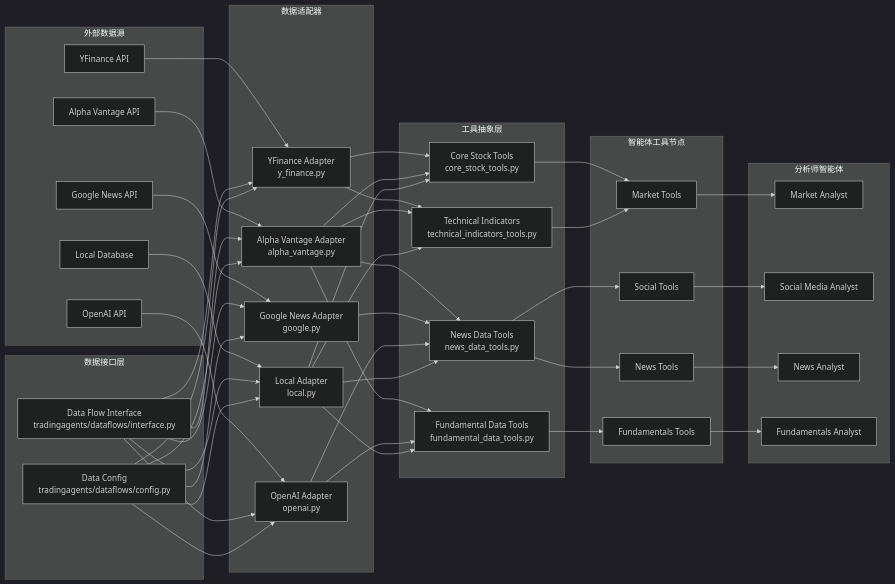
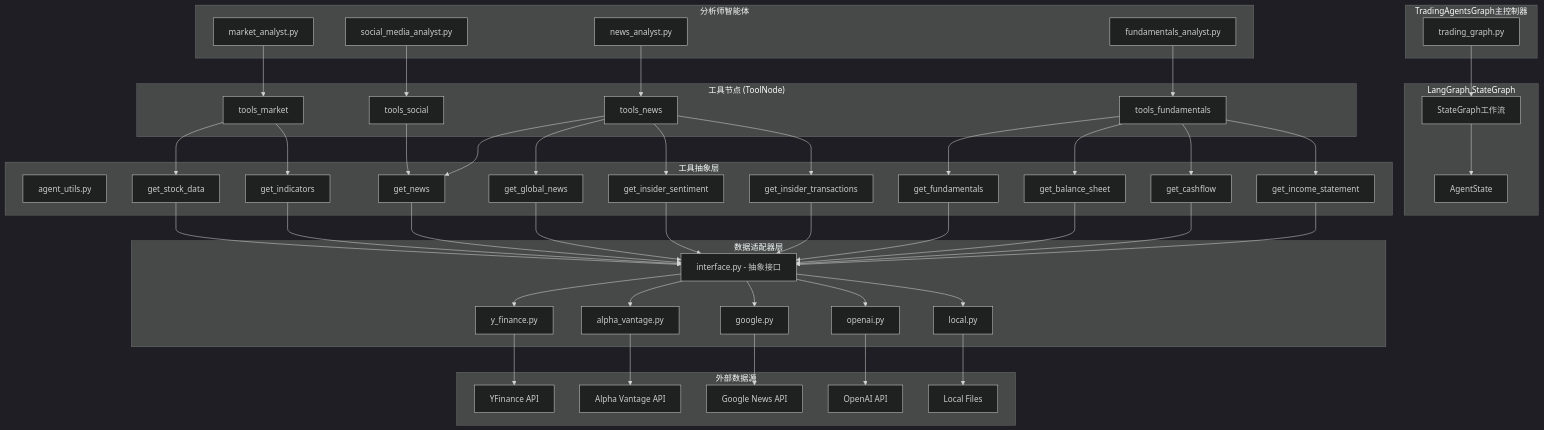
Before and after one commit to wangrenren611/TradingAgents: the fourth of 6 diagrams in TradingAgents_Architecture_Documentation.md, drawn with Mermaid (dark theme). The commit also changed other lines of this file, not shown here.

````diff
--- a/TradingAgents_Architecture_Documentation.md
+++ b/TradingAgents_Architecture_Documentation.md
@@ -391,86 +392,99 @@
 ```mermaid
-graph LR
-    subgraph "外部数据源"
-        A1[YFinance API]
-        A2[Alpha Vantage API]
-        A3[Google News API]
-        A4[OpenAI API]
-        A5[Local Database]
+graph TD
+    subgraph "TradingAgentsGraph主控制器"
+        A[trading_graph.py]
     end
 
-    subgraph "数据接口层"
-        B1[Data Flow Interface<br/>tradingagents/dataflows/interface.py]
-        B2[Data Config<br/>tradingagents/dataflows/config.py]
-    end
-
-    subgraph "数据适配器"
-        C1[YFinance Adapter<br/>y_finance.py]
-        C2[Alpha Vantage Adapter<br/>alpha_vantage.py]
-        C3[Google News Adapter<br/>google.py]
-        C4[OpenAI Adapter<br/>openai.py]
-        C5[Local Adapter<br/>local.py]
+    subgraph "LangGraph StateGraph"
+        B[AgentState]
+        C[StateGraph工作流]
     end
 
     subgraph "工具抽象层"
-        D1[Core Stock Tools<br/>core_stock_tools.py]
-        D2[Technical Indicators<br/>technical_indicators_tools.py]
-        D3[Fundamental Data Tools<br/>fundamental_data_tools.py]
-        D4[News Data Tools<br/>news_data_tools.py]
+        D[agent_utils.py]
+        D1[get_stock_data]
+        D2[get_indicators]
+        D3[get_news]
+        D4[get_global_news]
+        D5[get_fundamentals]
+        D6[get_balance_sheet]
+        D7[get_cashflow]
+        D8[get_income_statement]
+        D9[get_insider_sentiment]
+        D10[get_insider_transactions]
     end
 
-    subgraph "智能体工具节点"
-        E1[Market Tools]
-        E2[Social Tools]
-        E3[News Tools]
-        E4[Fundamentals Tools]
+    subgraph "数据适配器层"
+        E[interface.py - 抽象接口]
+        E1[y_finance.py]
+        E2[alpha_vantage.py]
+        E3[google.py]
+        E4[openai.py]
+        E5[local.py]
+    end
+
+    subgraph "外部数据源"
+        F1[YFinance API]
+        F2[Alpha Vantage API]
+        F3[Google News API]
+        F4[OpenAI API]
+        F5[Local Files]
     end
 
     subgraph "分析师智能体"
-        F1[Market Analyst]
-        F2[Social Media Analyst]
-        F3[News Analyst]
-        F4[Fundamentals Analyst]
+        G1[market_analyst.py]
+        G2[social_media_analyst.py]
+        G3[news_analyst.py]
+        G4[fundamentals_analyst.py]
     end
 
-    A1 --> C1
-    A2 --> C2
-    A3 --> C3
-    A4 --> C4
-    A5 --> C5
+    subgraph "工具节点 (ToolNode)"
+        H1[tools_market]
+        H2[tools_social]
+        H3[tools_news]
+        H4[tools_fundamentals]
+    end
 
-    C1 --> D1
-    C1 --> D2
-    C2 --> D1
-    C2 --> D2
-    C2 --> D3
-    C2 --> D4
-    C3 --> D4
-    C4 --> D3
-    C4 --> D4
-    C5 --> D1
-    C5 --> D2
-    C5 --> D3
-    C5 --> D4
+    A --> C
+    C --> B
 
-    D1 --> E1
-    D2 --> E1
-    D3 --> E4
-    D4 --> E2
-    D4 --> E3
+    G1 --> H1
+    G2 --> H2
+    G3 --> H3
+    G4 --> H4
+
+    H1 --> D1
+    H1 --> D2
+    H2 --> D3
+    H3 --> D3
+    H3 --> D4
+    H3 --> D9
+    H3 --> D10
+    H4 --> D5
+    H4 --> D6
+    H4 --> D7
+    H4 --> D8
+
+    D1 --> E
+    D2 --> E
+    D3 --> E
+    D4 --> E
+    D5 --> E
+    D6 --> E
+    D7 --> E
+    D8 --> E
+    D9 --> E
+    D10 --> E
+
+    E --> E1
+    E --> E2
+    E --> E3
+    E --> E4
+    E --> E5
 
     E1 --> F1
     E2 --> F2
     E3 --> F3
     E4 --> F4
-
-    B1 --> C1
-    B1 --> C2
-    B1 --> C3
-    B1 --> C4
-    B1 --> C5
-    B2 --> C1
-    B2 --> C2
-    B2 --> C3
-    B2 --> C4
-    B2 --> C5
+    E5 --> F5
 ```
````
